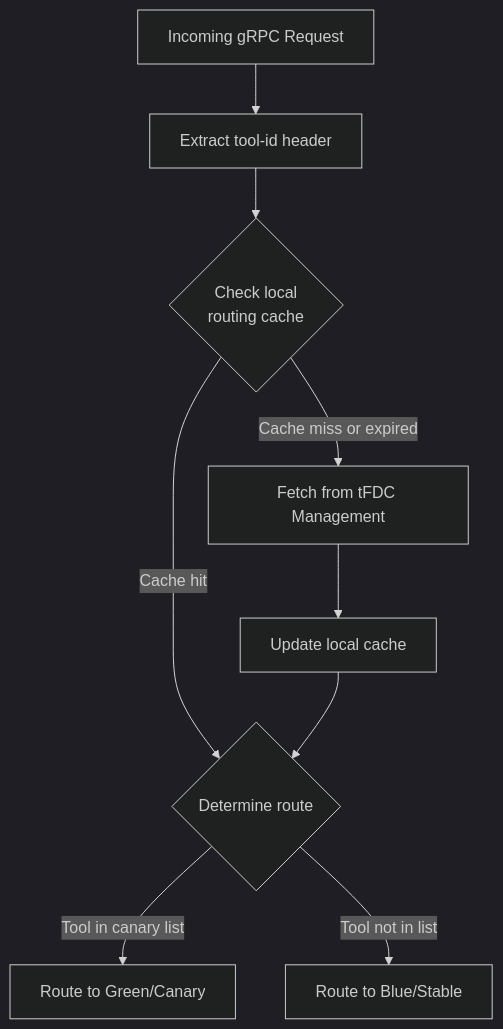
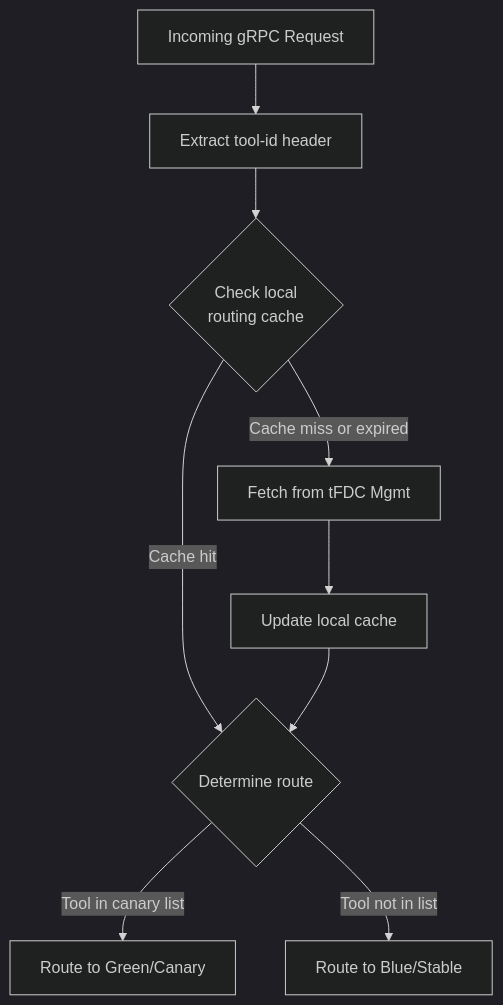
One commit to arloliu/parti changed the sixth of 9 diagrams in docs/design/07-deployment/deployment_strategy.md. Above: the diagram before and after it, drawn with Mermaid (dark theme). The commit also changed other lines of this file and 11 other files, not shown here.

````diff
--- a/docs/design/07-deployment/deployment_strategy.md
+++ b/docs/design/07-deployment/deployment_strategy.md
@@ -391,11 +432,11 @@
 ```mermaid
 flowchart TD
     Request[Incoming gRPC Request] --> Extract[Extract tool-id header]
     Extract --> Cache{Check local<br/>routing cache}
-    Cache -->|Cache miss or expired| Fetch[Fetch from tFDC Management]
+    Cache -->|Cache miss or expired| Fetch[Fetch from tFDC Mgmt]
     Cache -->|Cache hit| Route{Determine route}
     Fetch --> Update[Update local cache]
     Update --> Route
     Route -->|Tool in canary list| Green[Route to Green/Canary]
     Route -->|Tool not in list| Blue[Route to Blue/Stable]
 ```
````
